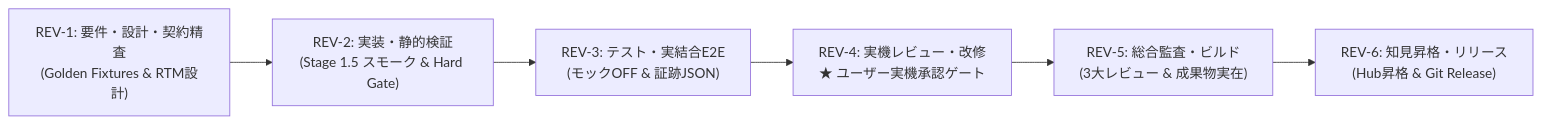
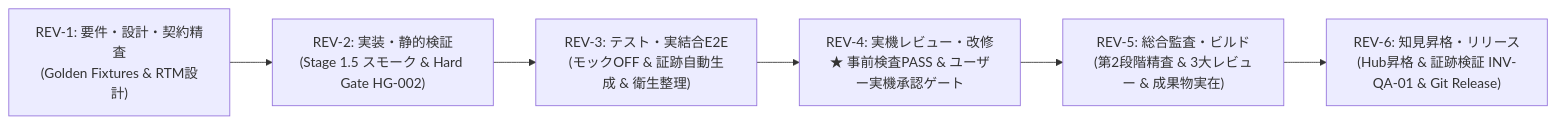
One commit to LeoPanda/template changed the second of 2 diagrams in docs/設計書/Current/AI駆動システム開発手順書.md. Above: the diagram before and after it, drawn with Mermaid. The commit also changed other lines of this file and 28 other files, not shown here.

````diff
--- a/docs/設計書/Current/AI駆動システム開発手順書.md
+++ b/docs/設計書/Current/AI駆動システム開発手順書.md
@@ -147,8 +147,8 @@
 ```mermaid
 flowchart LR
-    R1["REV-1: 要件・設計・契約精査<br/>(Golden Fixtures & RTM設計)"] --> R2["REV-2: 実装・静的検証<br/>(Stage 1.5 スモーク & Hard Gate)"]
-    R2 --> R3["REV-3: テスト・実結合E2E<br/>(モックOFF & 証跡JSON)"]
-    R3 --> R4["REV-4: 実機レビュー・改修<br/>★ ユーザー実機承認ゲート"]
-    R4 --> R5["REV-5: 総合監査・ビルド<br/>(3大レビュー & 成果物実在)"]
-    R5 --> R6["REV-6: 知見昇格・リリース<br/>(Hub昇格 & Git Release)"]
+    R1["REV-1: 要件・設計・契約精査<br/>(Golden Fixtures & RTM設計)"] --> R2["REV-2: 実装・静的検証<br/>(Stage 1.5 スモーク & Hard Gate HG-002)"]
+    R2 --> R3["REV-3: テスト・実結合E2E<br/>(モックOFF & 証跡自動生成 & 衛生整理)"]
+    R3 --> R4["REV-4: 実機レビュー・改修<br/>★ 事前検査PASS & ユーザー実機承認ゲート"]
+    R4 --> R5["REV-5: 総合監査・ビルド<br/>(第2段階精査 & 3大レビュー & 成果物実在)"]
+    R5 --> R6["REV-6: 知見昇格・リリース<br/>(Hub昇格 & 証跡検証 INV-QA-01 & Git Release)"]
 ```
````
